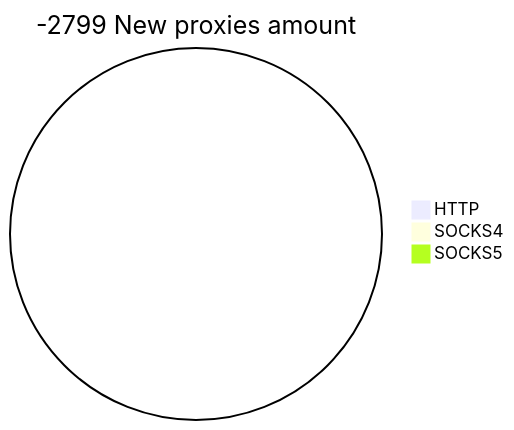
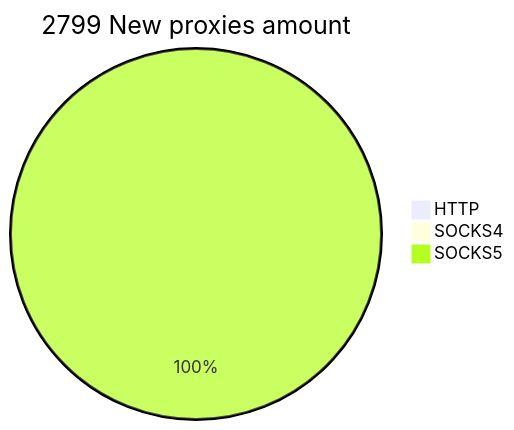
Before and after one commit to cutipu/proxylist: the second of 2 diagrams in README.md, drawn with Mermaid. The commit also changed other lines of this file, not shown here.

````diff
--- a/README.md
+++ b/README.md
@@ -10,6 +10,6 @@
 ```mermaid
-pie title -2799 New proxies amount
+pie title 2799 New proxies amount
     "HTTP" : 0
     "SOCKS4" : 0
-    "SOCKS5" : 0
+    "SOCKS5" : 2799
 ```
````
